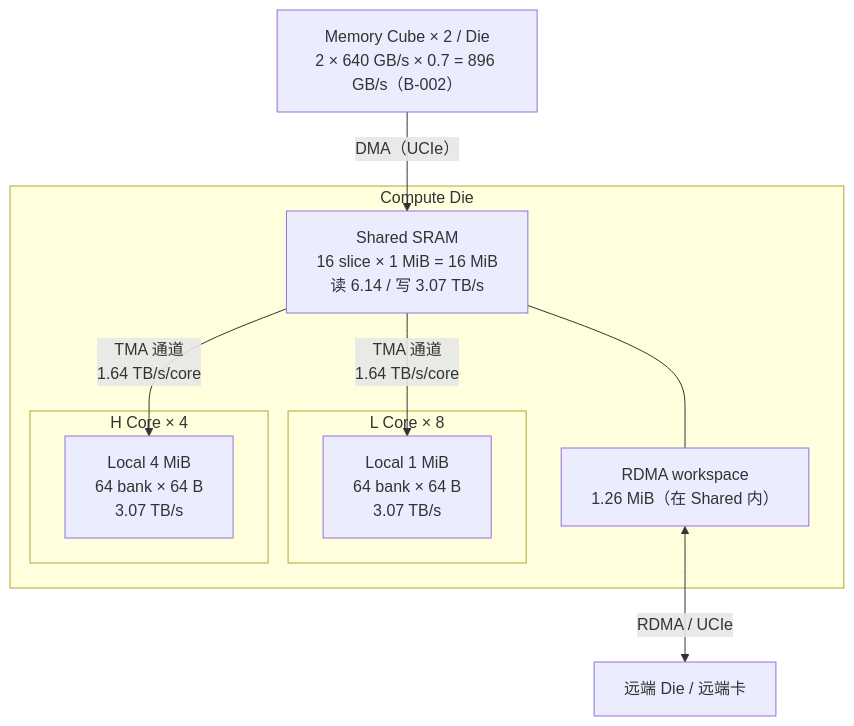
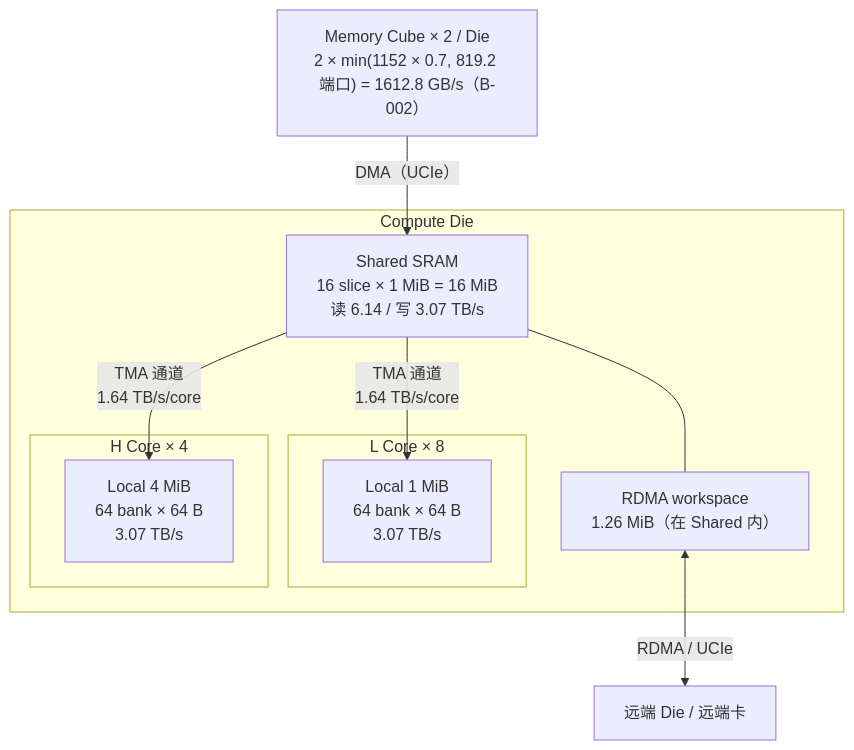
One commit to xqdan/xihu changed the first of 9 diagrams in teams/hardware/docs/03_TMA_AND_SRAM.md. Above: the diagram before and after it, drawn with Mermaid. The commit also changed other lines of this file and 36 other files, not shown here.

````diff
--- a/teams/hardware/docs/03_TMA_AND_SRAM.md
+++ b/teams/hardware/docs/03_TMA_AND_SRAM.md
@@ -10,19 +10,19 @@
 ```mermaid
 flowchart TB
-  MC["Memory Cube × 2 / Die<br/>2 × 640 GB/s × 0.7 = 896 GB/s（B-002）"]
+  MC["Memory Cube × 2 / Die<br/>2 × min(1152 × 0.7, 819.2 端口) = 1612.8 GB/s（B-002）"]
   subgraph DIE["Compute Die"]
     SH["Shared SRAM<br/>16 slice × 1 MiB = 16 MiB<br/>读 6.14 / 写 3.07 TB/s"]
     subgraph L["L Core × 8"]
       LL["Local 1 MiB<br/>64 bank × 64 B<br/>3.07 TB/s"]
     end
     subgraph H["H Core × 4"]
       HL["Local 4 MiB<br/>64 bank × 64 B<br/>3.07 TB/s"]
     end
     RW["RDMA workspace<br/>1.26 MiB（在 Shared 内）"]
   end
   MC -->|"DMA（UCIe）"| SH
   SH -->|"TMA 通道<br/>1.64 TB/s/core"| LL
   SH -->|"TMA 通道<br/>1.64 TB/s/core"| HL
   SH --- RW
   RW <-->|"RDMA / UCIe"| REM["远端 Die / 远端卡"]
 ```
````
